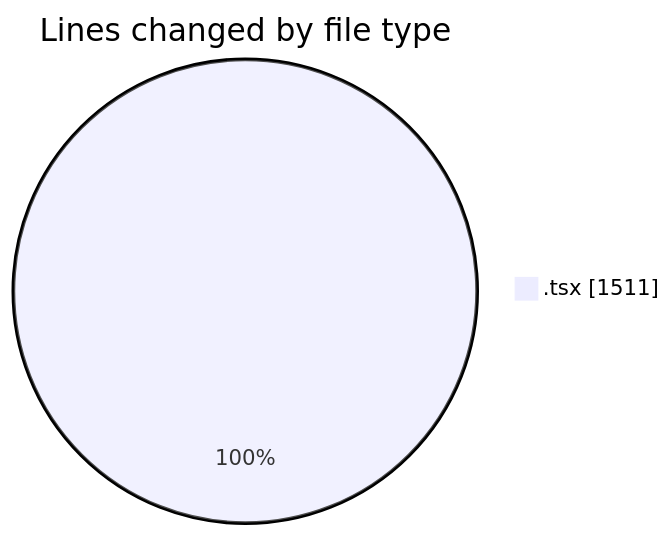
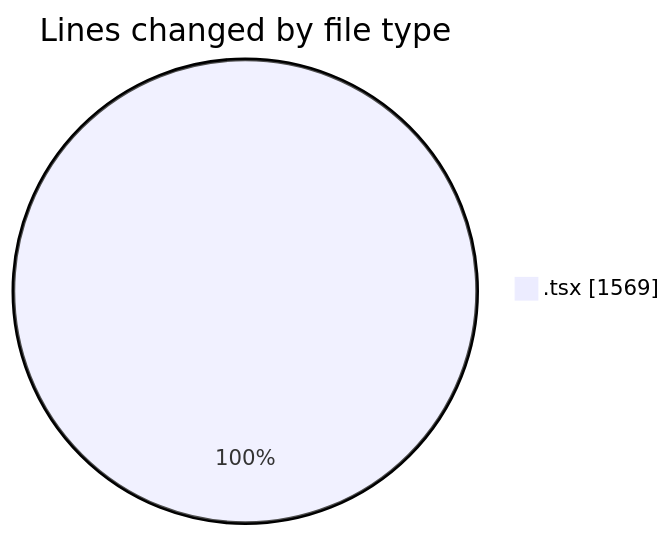
One commit to nxtqubesakshisongat/code-tracking changed the first of 2 diagrams in 2026-06-23/nxtqube_webapp/README.md. Above: the diagram before and after it, drawn with Mermaid. The commit also changed other lines of this file and 1 other file, not shown here.

````diff
--- a/2026-06-23/nxtqube_webapp/README.md
+++ b/2026-06-23/nxtqube_webapp/README.md
@@ -20,5 +20,5 @@
 ```mermaid
 pie showData
 title Lines changed by file type
-".tsx" : 1511
+".tsx" : 1569
 ```
````
